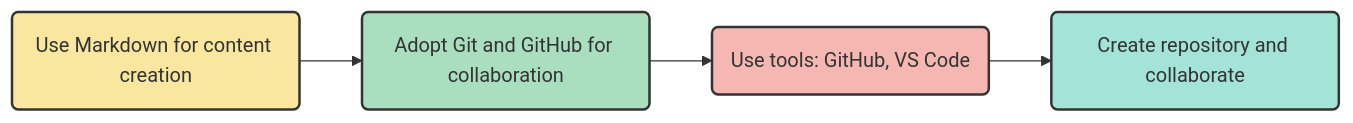
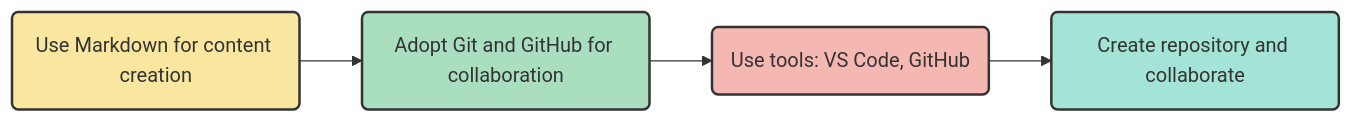
The second of 10 diagrams in README.md (buckeye43210/markdown-to-snowkb), drawn with Mermaid before and after one commit. The commit also changed other lines of this file, not shown here.

```diff
--- a/README.md
+++ b/README.md
@@ -225,17 +228,17 @@
 ~~~mermaid
 graph LR
     A(Use Markdown for content creation)
     A --> B(Adopt Git and GitHub for collaboration)
-    B --> C(Use tools: GitHub, VS Code)
+    B --> C(Use tools: VS Code, GitHub)
     C --> D(Create repository and collaborate)
 
     classDef markdown fill:#f9e79f,stroke:#333,stroke-width:2px;
     classDef git fill:#a9dfbf,stroke:#333,stroke-width:2px;
     classDef tools fill:#f5b7b1,stroke:#333,stroke-width:2px;
     classDef repo fill:#a3e4d7,stroke:#333,stroke-width:2px;
 
     class A markdown;
     class B git;
     class C tools;
     class D repo;
 ~~~  
```
